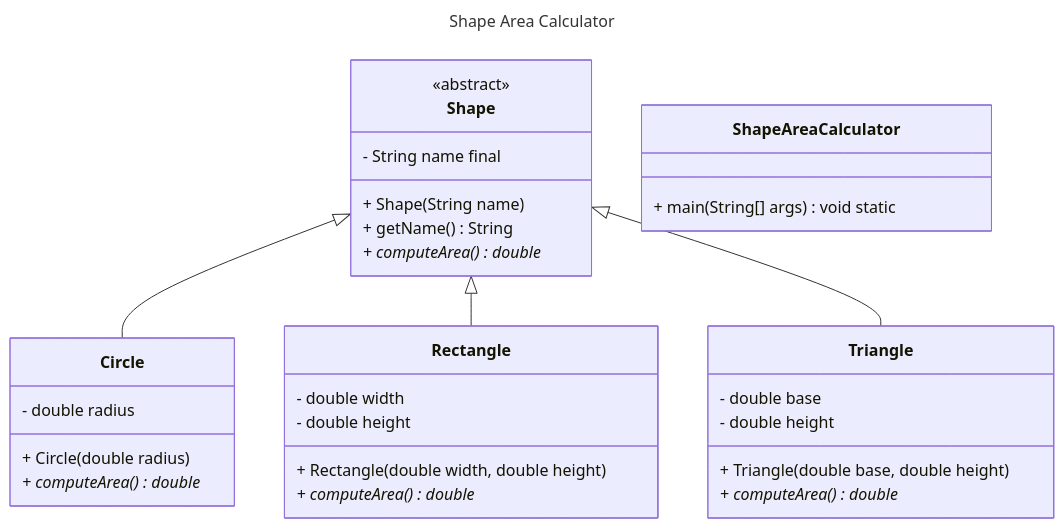
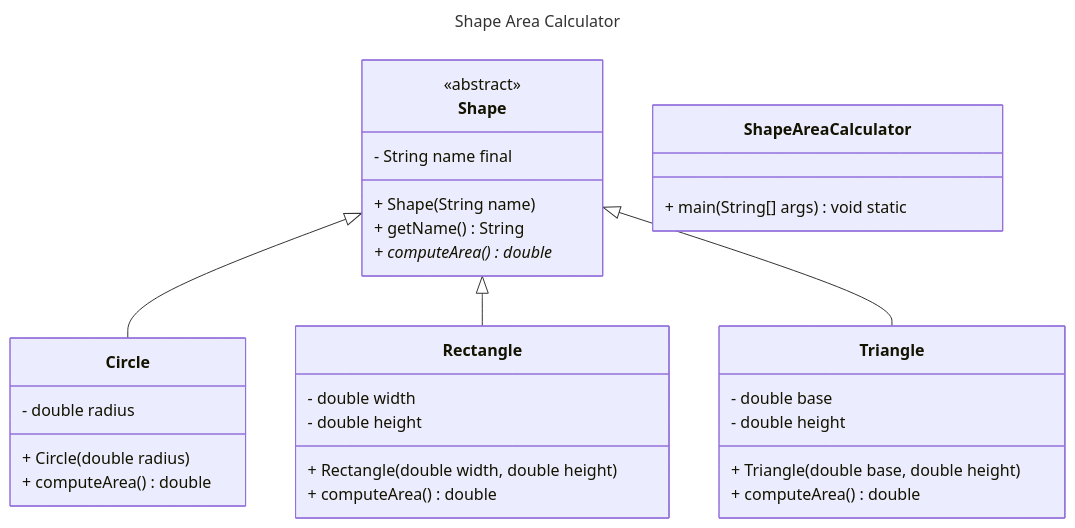
Before and after one commit to srimani-ravikumar/interview-prep: the diagram in OOP/2_Problems_Solving_Using_OOP/Easy/Shape_Area_Calculator/ClassDiagram_ShapeAreaCalculatorApp.md, drawn with Mermaid. The commit also changed 4 other files, not shown here.

Commit message:
code and class diagram review changes

````diff
--- a/OOP/2_Problems_Solving_Using_OOP/Easy/Shape_Area_Calculator/ClassDiagram_ShapeAreaCalculatorApp.md
+++ b/OOP/2_Problems_Solving_Using_OOP/Easy/Shape_Area_Calculator/ClassDiagram_ShapeAreaCalculatorApp.md
@@ -1,37 +1,37 @@
 ```mermaid
 ---
 title: Shape Area Calculator
 ---
 classDiagram
 direction TB
     class Shape {
         - String name final
         + Shape(String name)
         + getName() String
         + computeArea() double*
     }
     class Circle {
         - double radius
         + Circle(double radius)
-        + computeArea() double*
+        + computeArea() double
     }
     class Rectangle {
         - double width
         - double height
         + Rectangle(double width, double height)
-        + computeArea() double*
+        + computeArea() double
     }
     class Triangle {
         - double base
         - double height
         + Triangle(double base, double height)
-        + computeArea() double*
+        + computeArea() double
     }
     class ShapeAreaCalculator {
         + main(String[] args) void static
     }
     <<abstract>> Shape
     Shape <|-- Circle
     Shape <|-- Rectangle
     Shape <|-- Triangle
 ```
````
